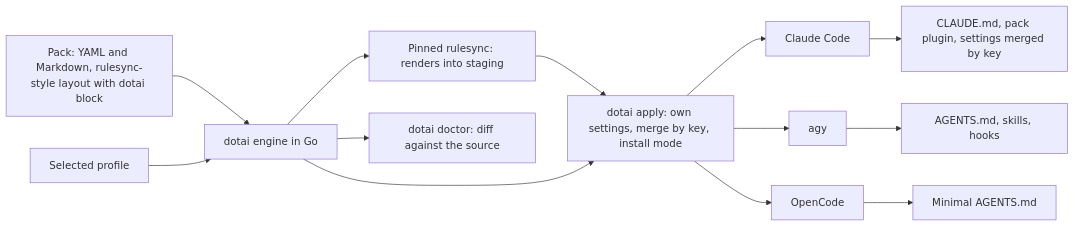
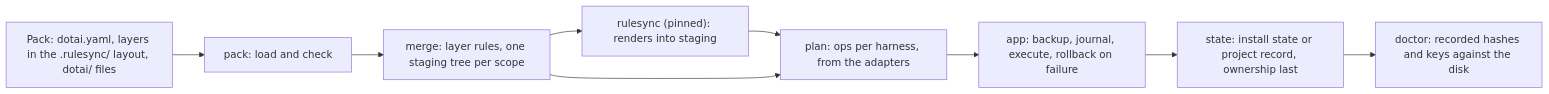
One commit to Lartweib/dotai changed the second of 3 diagrams in docs/ARCHITECTURE.md. Above: the diagram before and after it, drawn with Mermaid. The commit also changed other lines of this file, not shown here.

Commit message:
docs: rewrite ARCHITECTURE against the code as built

````diff
--- a/docs/ARCHITECTURE.md
+++ b/docs/ARCHITECTURE.md
@@ -61,15 +54,11 @@
 ```mermaid
 flowchart LR
-  SRC["Pack: YAML and Markdown, rulesync-style layout with dotai block"] --> CORE["dotai engine in Go"]
-  PROF["Selected profile"] --> CORE
-  CORE --> RS["Pinned rulesync: renders into staging"]
-  RS --> APPLY["dotai apply: own settings, merge by key, install mode"]
-  CORE --> APPLY
-  APPLY --> R1["Claude Code"]
-  APPLY --> R2["agy"]
-  APPLY --> R3["OpenCode"]
-  R1 --> O1["CLAUDE.md, pack plugin, settings merged by key"]
-  R2 --> O2["AGENTS.md, skills, hooks"]
-  R3 --> O3["Minimal AGENTS.md"]
-  CORE --> DOC["dotai doctor: diff against the source"]
+  SRC["Pack: dotai.yaml, layers in the .rulesync/ layout, dotai/ files"] --> VAL["pack: load and check"]
+  VAL --> MRG["merge: layer rules, one staging tree per scope"]
+  MRG --> RS["rulesync (pinned): renders into staging"]
+  RS --> PLN["plan: ops per harness, from the adapters"]
+  MRG --> PLN
+  PLN --> EXE["app: backup, journal, execute, rollback on failure"]
+  EXE --> REC["state: install state or project record, ownership last"]
+  REC --> DOC["doctor: recorded hashes and keys against the disk"]
 ```
````
